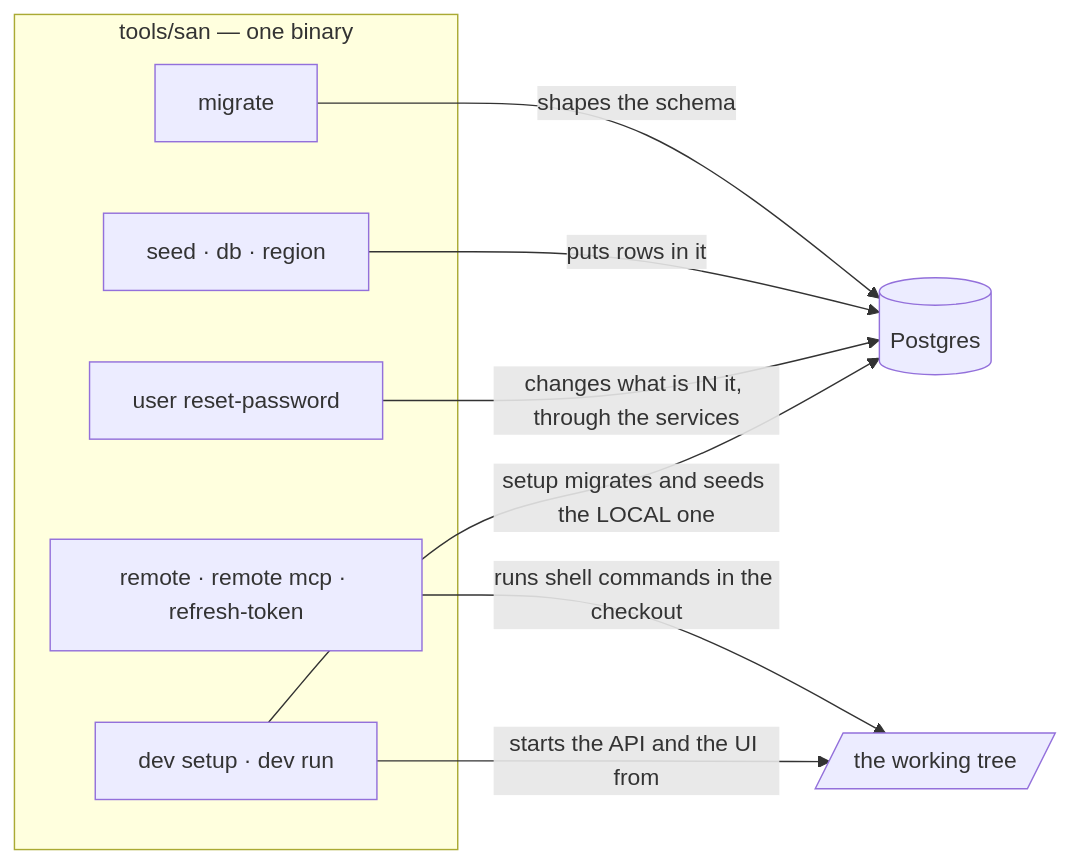
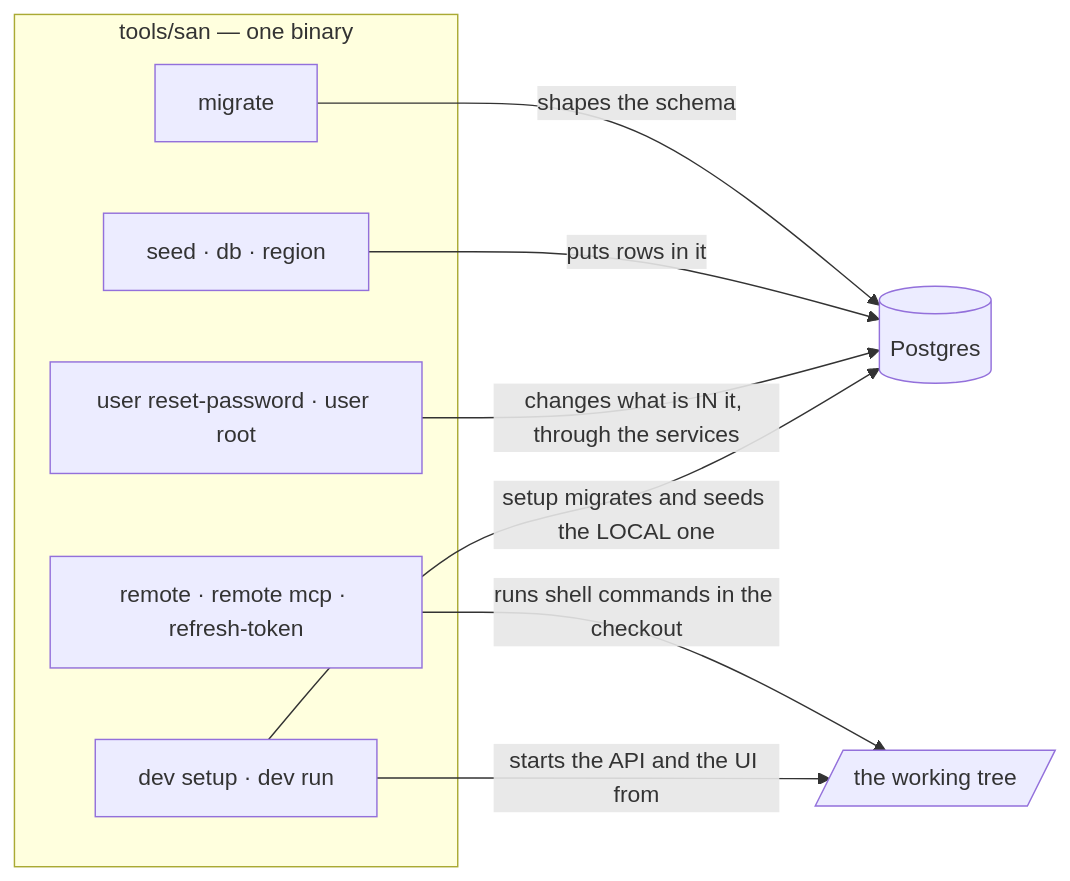
One commit to pdcgo/warehouse_revamp changed the first of 14 diagrams in docs/tools/san.md. Above: the diagram before and after it, drawn with Mermaid. The commit also changed other lines of this file and 12 other files, not shown here.

First line of the commit message:
user: san adds and removes a Root, never the last (item 11)

````diff
--- a/docs/tools/san.md
+++ b/docs/tools/san.md
@@ -29,16 +29,16 @@
 ```mermaid
 flowchart LR
     subgraph san["tools/san — one binary"]
         M["migrate"]
         S["seed · db · region"]
-        U["user reset-password"]
+        U["user reset-password · user root"]
         R["remote · remote mcp · refresh-token"]
         V["dev setup · dev run"]
     end
     M -->|"shapes the schema"| DB[(Postgres)]
     S -->|"puts rows in it"| DB
     U -->|"changes what is IN it, through the services"| DB
     R -->|"runs shell commands in the checkout"| WS[/"the working tree"/]
     V -->|"starts the API and the UI from"| WS
     V -->|"setup migrates and seeds the LOCAL one"| DB
 ```
````
